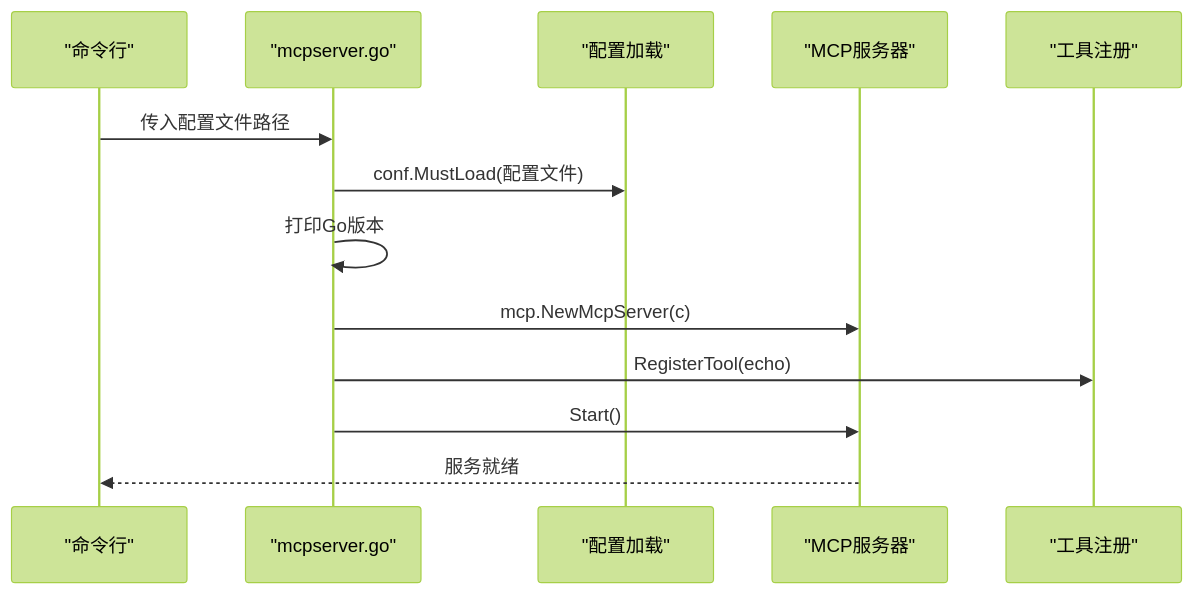
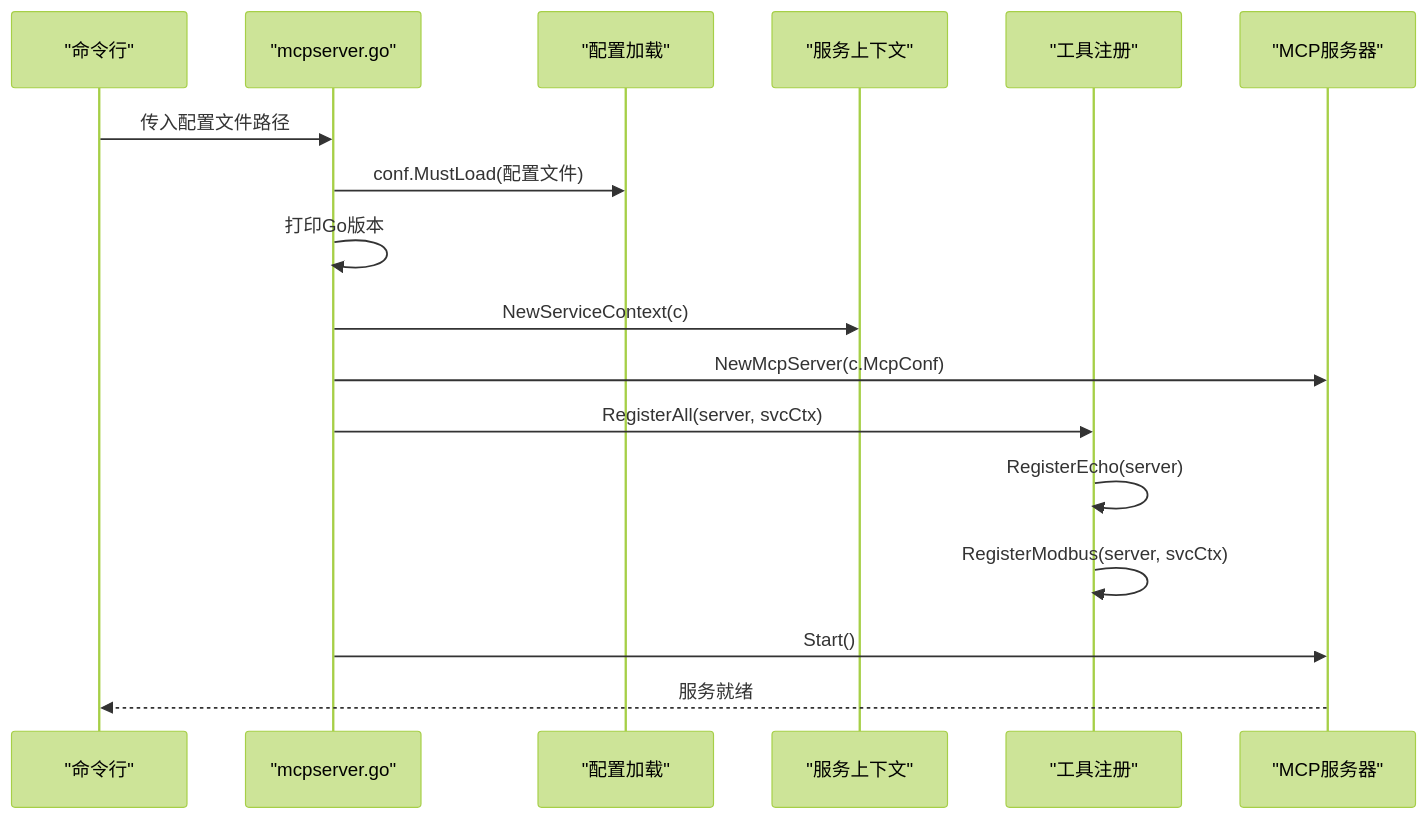
One commit to maomao94/zero-service changed the second of 5 diagrams in .qoder/repowiki/zh/content/AI应用模块/MCP服务器.md. Above: the diagram before and after it, drawn with Mermaid (forest theme). The commit also changed other lines of this file and 8 other files, not shown here.

````diff
--- a/.qoder/repowiki/zh/content/AI应用模块/MCP服务器.md
+++ b/.qoder/repowiki/zh/content/AI应用模块/MCP服务器.md
@@ -113,15 +143,19 @@
 ```mermaid
 sequenceDiagram
 participant CLI as "命令行"
 participant Main as "mcpserver.go"
 participant Conf as "配置加载"
+participant Ctx as "服务上下文"
+participant Reg as "工具注册"
 participant Srv as "MCP服务器"
-participant Tool as "工具注册"
 CLI->>Main : 传入配置文件路径
 Main->>Conf : conf.MustLoad(配置文件)
 Main->>Main : 打印Go版本
-Main->>Srv : mcp.NewMcpServer(c)
-Main->>Tool : RegisterTool(echo)
+Main->>Ctx : NewServiceContext(c)
+Main->>Srv : NewMcpServer(c.McpConf)
+Main->>Reg : RegisterAll(server, svcCtx)
+Reg->>Reg : RegisterEcho(server)
+Reg->>Reg : RegisterModbus(server, svcCtx)
 Main->>Srv : Start()
 Srv-->>CLI : 服务就绪
 ```
````
